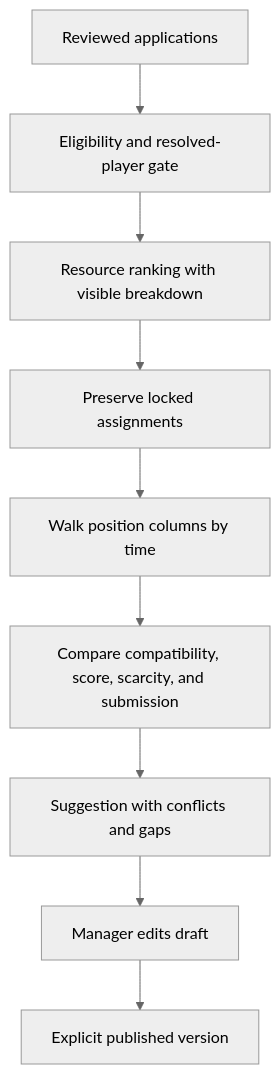
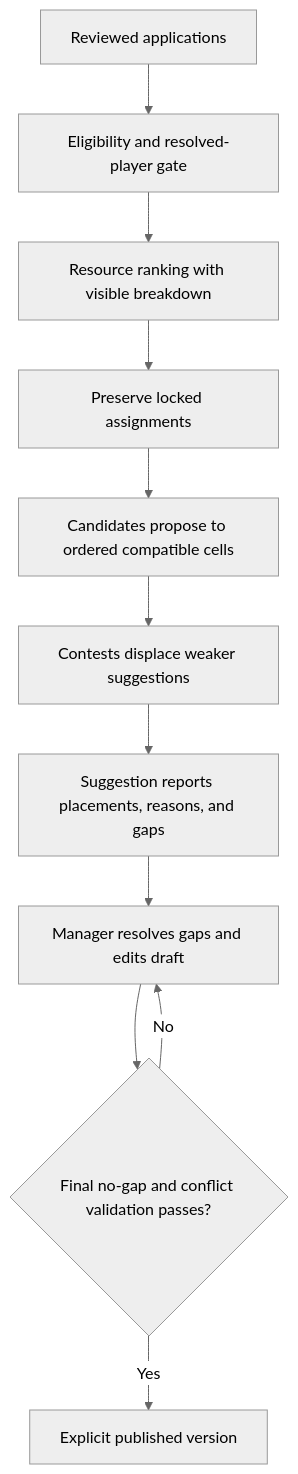
Before and after one commit to cristianrusu777/Kingshot-Events-Tracker-DOCS: the first of 3 diagrams in docs/kingshot-events/castle-positions/planner-controls.md, drawn with Mermaid (neutral theme). The commit also changed other lines of this file and 72 other files, not shown here.

````diff
--- a/docs/kingshot-events/castle-positions/planner-controls.md
+++ b/docs/kingshot-events/castle-positions/planner-controls.md
@@ -32,11 +40,13 @@
 ```mermaid
 flowchart TD
  A["Reviewed applications"] --> B["Eligibility and resolved-player gate"]
  B --> C["Resource ranking with visible breakdown"]
  C --> D["Preserve locked assignments"]
- D --> E["Walk position columns by time"]
- E --> F["Compare compatibility, score, scarcity, and submission"]
- F --> G["Suggestion with conflicts and gaps"]
- G --> H["Manager edits draft"]
- H --> I["Explicit published version"]
+ D --> E["Candidates propose to ordered compatible cells"]
+ E --> F["Contests displace weaker suggestions"]
+ F --> G["Suggestion reports placements, reasons, and gaps"]
+ G --> H["Manager resolves gaps and edits draft"]
+ H --> V{"Final no-gap and conflict validation passes?"}
+ V -- "No" --> H
+ V -- "Yes" --> I["Explicit published version"]
 ```
````
